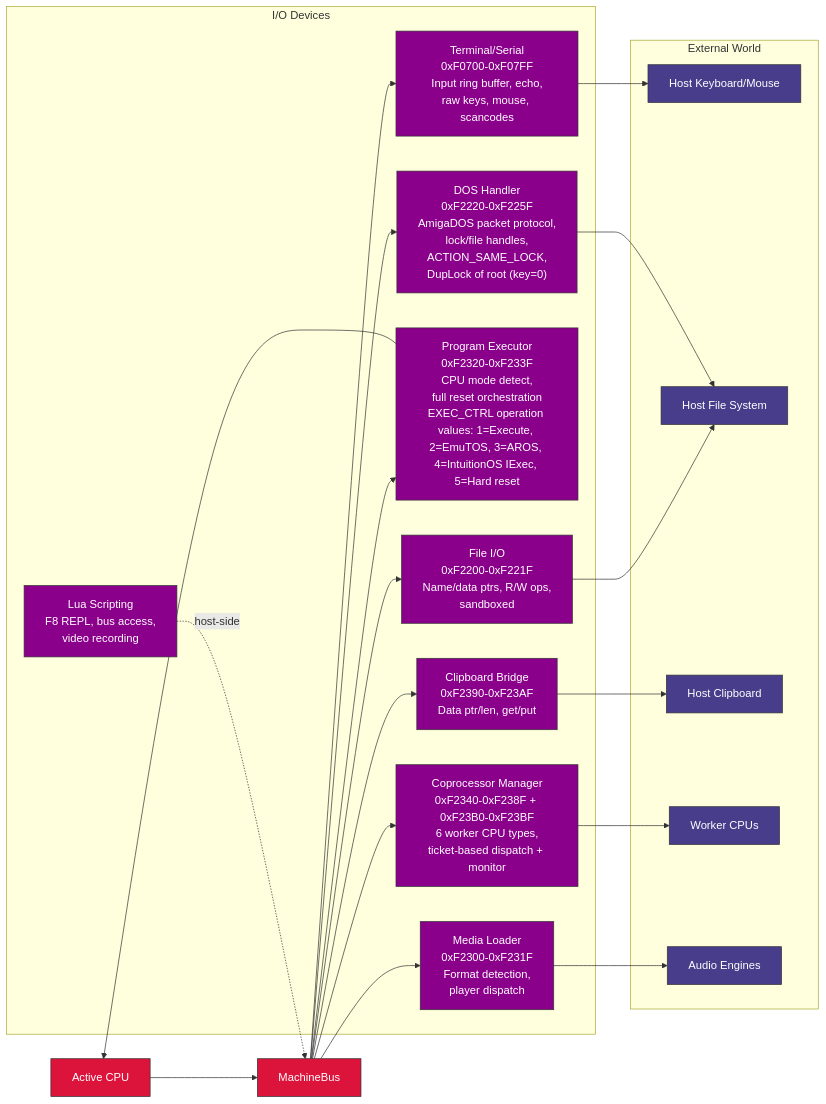
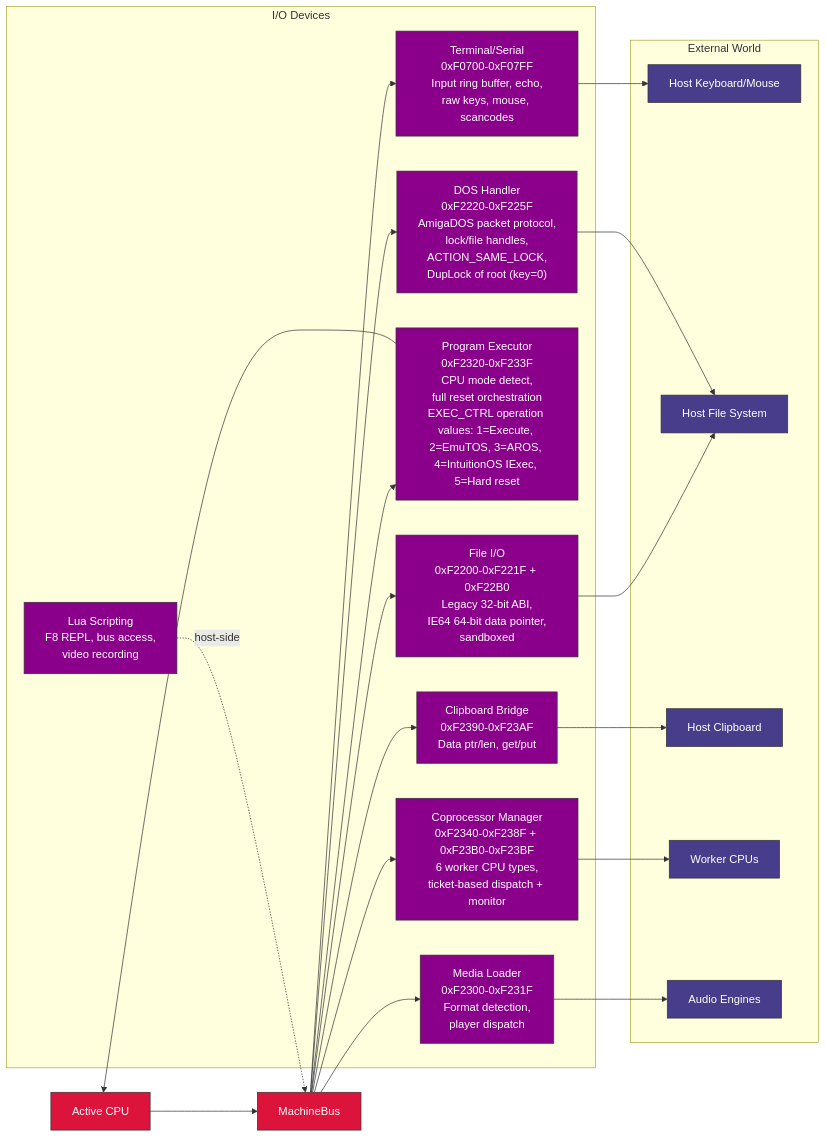
The ninth of 12 diagrams in sdk/docs/architecture.md (IntuitionAmiga/IntuitionEngine), drawn with Mermaid before and after one commit. The commit also changed other lines of this file and 105 other files, not shown here.

````diff
--- a/sdk/docs/architecture.md
+++ b/sdk/docs/architecture.md
@@ -1218,49 +1219,49 @@
 ```mermaid
 graph LR
     CPU["Active CPU"]
     BUS["MachineBus"]
     CPU --> BUS
 
     subgraph DEVS["I/O Devices"]
         TERM["Terminal/Serial<br/>0xF0700-0xF07FF<br/>Input ring buffer, echo,<br/>raw keys, mouse, scancodes"]
-        FIO["File I/O<br/>0xF2200-0xF221F<br/>Name/data ptrs, R/W ops,<br/>sandboxed"]
+        FIO["File I/O<br/>0xF2200-0xF221F + 0xF22B0<br/>Legacy 32-bit ABI,<br/>IE64 64-bit data pointer,<br/>sandboxed"]
         PEXEC["Program Executor<br/>0xF2320-0xF233F<br/>CPU mode detect,<br/>full reset orchestration<br/>EXEC_CTRL operation values: 1=Execute, 2=EmuTOS, 3=AROS, 4=IntuitionOS IExec, 5=Hard reset"]
         COPRO["Coprocessor Manager<br/>0xF2340-0xF238F + 0xF23B0-0xF23BF<br/>6 worker CPU types,<br/>ticket-based dispatch + monitor"]
         CLIP["Clipboard Bridge<br/>0xF2390-0xF23AF<br/>Data ptr/len, get/put"]
         DOS["DOS Handler<br/>0xF2220-0xF225F<br/>AmigaDOS packet protocol,<br/>lock/file handles,<br/>ACTION_SAME_LOCK,<br/>DupLock of root (key=0)"]
         MEDIA["Media Loader<br/>0xF2300-0xF231F<br/>Format detection,<br/>player dispatch"]
         LUA["Lua Scripting<br/>F8 REPL, bus access,<br/>video recording"]
     end
 
     BUS --> TERM
     BUS --> FIO
     BUS --> PEXEC
     BUS --> COPRO
     BUS --> CLIP
     BUS --> DOS
     BUS --> MEDIA
     LUA -.->|"host-side"| BUS
 
     subgraph EXT["External World"]
         HOST_KB["Host Keyboard/Mouse"]
         HOST_FS["Host File System"]
         HOST_CB["Host Clipboard"]
         CPUSUB["Worker CPUs"]
         AUDIO_E["Audio Engines"]
     end
 
     TERM --> HOST_KB
     FIO --> HOST_FS
     DOS --> HOST_FS
     CLIP --> HOST_CB
     PEXEC --> CPU
     COPRO --> CPUSUB
     MEDIA --> AUDIO_E
 
     classDef periph fill:#8B008B,stroke:#333,color:#fff
     classDef ext fill:#483D8B,stroke:#333,color:#fff
     classDef bus fill:#DC143C,stroke:#333,color:#fff
     class TERM,FIO,PEXEC,COPRO,CLIP,DOS,MEDIA,LUA periph
     class HOST_KB,HOST_FS,HOST_CB,CPUSUB,AUDIO_E ext
     class CPU,BUS bus
 ```
````
